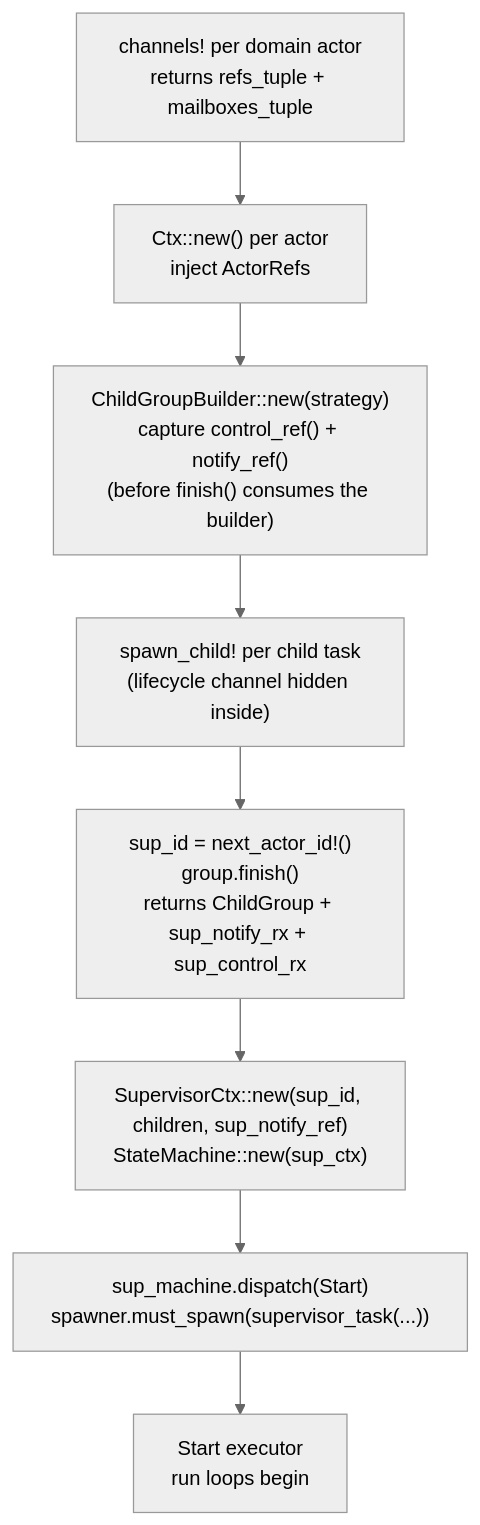
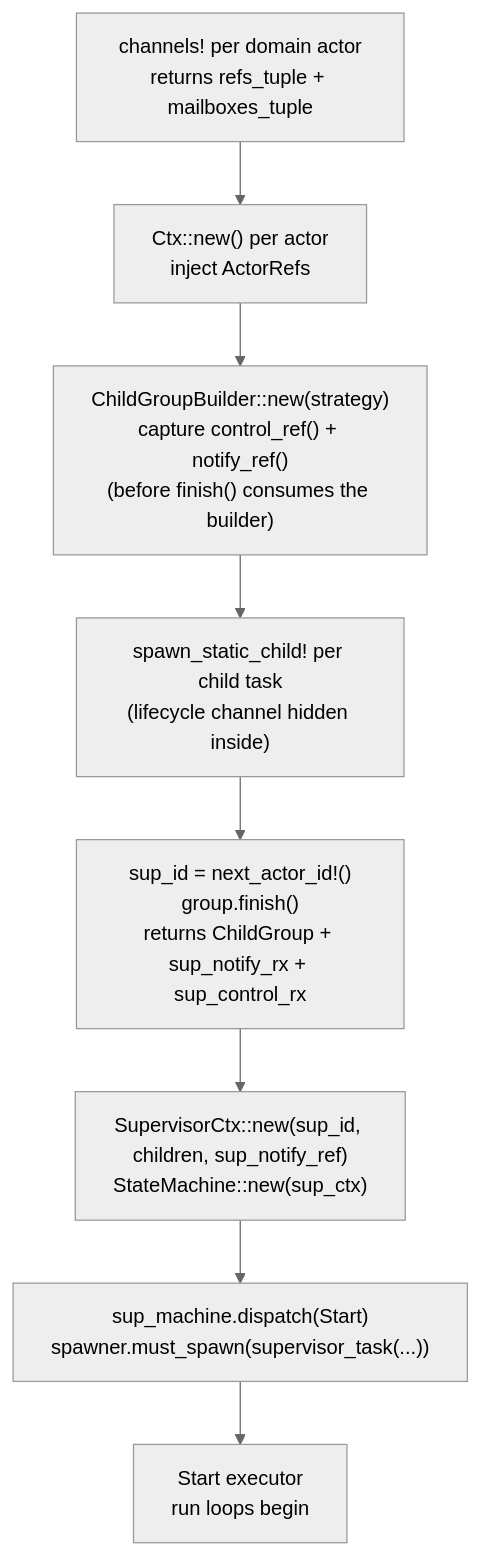
One commit to bloxide-com/bloxide changed the first of 2 diagrams in spec/architecture/03-static-wiring.md. Above: the diagram before and after it, drawn with Mermaid (neutral theme). The commit also changed other lines of this file and 112 other files, not shown here.

````diff
--- a/spec/architecture/03-static-wiring.md
+++ b/spec/architecture/03-static-wiring.md
@@ -7,11 +7,11 @@
 ```mermaid
 flowchart TD
     A["channels! per domain actor\nreturns refs_tuple + mailboxes_tuple"] --> B
     B["Ctx::new() per actor\ninject ActorRefs"] --> C
     C["ChildGroupBuilder::new(strategy)\ncapture control_ref() + notify_ref()\n(before finish() consumes the builder)"] --> D
-    D["spawn_child! per child task\n(lifecycle channel hidden inside)"] --> E
+    D["spawn_static_child! per child task\n(lifecycle channel hidden inside)"] --> E
     E["sup_id = next_actor_id!()\ngroup.finish()\nreturns ChildGroup + sup_notify_rx + sup_control_rx"] --> F
     F["SupervisorCtx::new(sup_id, children, sup_notify_ref)\nStateMachine::new(sup_ctx)"] --> G
     G["sup_machine.dispatch(Start)\nspawner.must_spawn(supervisor_task(...))"] --> H
     H["Start executor\nrun loops begin"]
 ```
````
